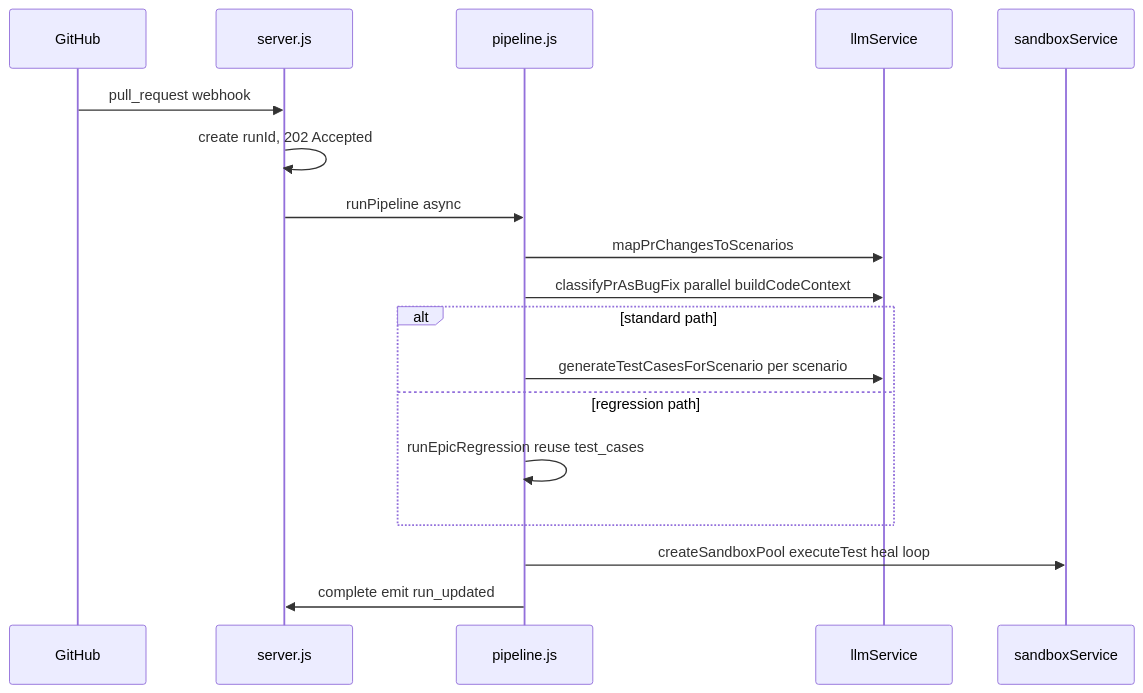
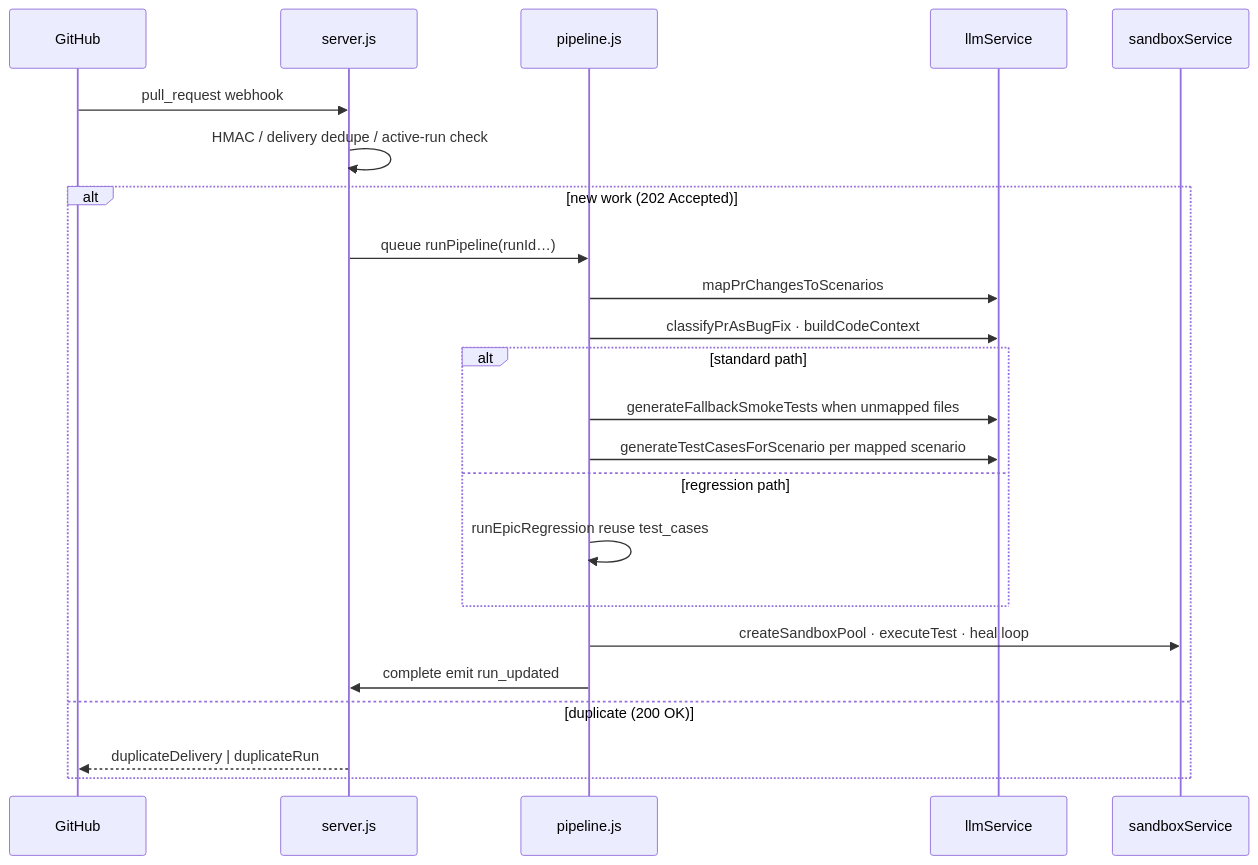
Before and after one commit to JosephCK21/QAPipeline: the second of 2 diagrams in README.md, drawn with Mermaid. The commit also changed other lines of this file and 22 other files, not shown here.

First line of the commit message:
feat: enhance pipeline and database for improved test execution and fallback handling

````diff
--- a/README.md
+++ b/README.md
@@ -114,20 +115,25 @@
 ```mermaid
 sequenceDiagram
   participant GH as GitHub
   participant S as server.js
   participant P as pipeline.js
   participant L as llmService
   participant D as sandboxService
   GH->>S: pull_request webhook
-  S->>S: create runId, 202 Accepted
-  S->>P: runPipeline async
-  P->>L: mapPrChangesToScenarios
-  P->>L: classifyPrAsBugFix parallel buildCodeContext
-  alt standard path
-    P->>L: generateTestCasesForScenario per scenario
-  else regression path
-    P->>P: runEpicRegression reuse test_cases
+  S->>S: HMAC / delivery dedupe / active-run check
+  alt new work (202 Accepted)
+    S->>P: queue runPipeline(runId…)
+    P->>L: mapPrChangesToScenarios
+    P->>L: classifyPrAsBugFix · buildCodeContext
+    alt standard path
+      P->>L: generateFallbackSmokeTests when unmapped files
+      P->>L: generateTestCasesForScenario per mapped scenario
+    else regression path
+      P->>P: runEpicRegression reuse test_cases
+    end
+    P->>D: createSandboxPool · executeTest · heal loop
+    P->>S: complete emit run_updated
+  else duplicate (200 OK)
+    S-->>GH: duplicateDelivery | duplicateRun
   end
-  P->>D: createSandboxPool executeTest heal loop
-  P->>S: complete emit run_updated
 ```
````
